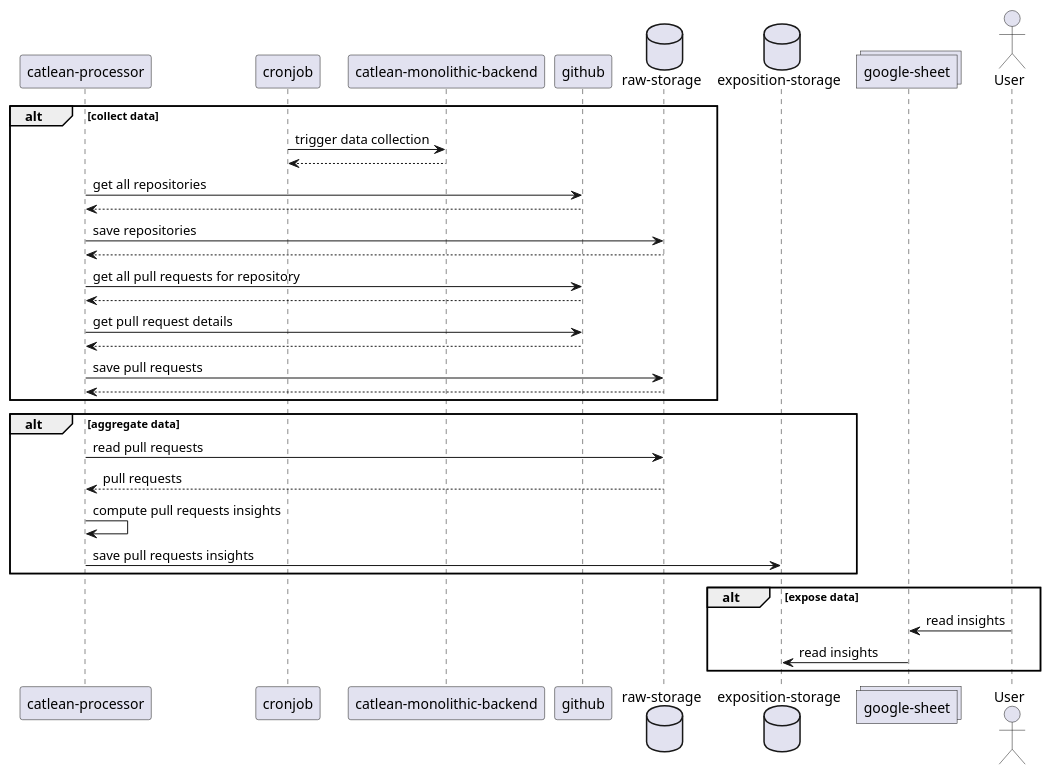
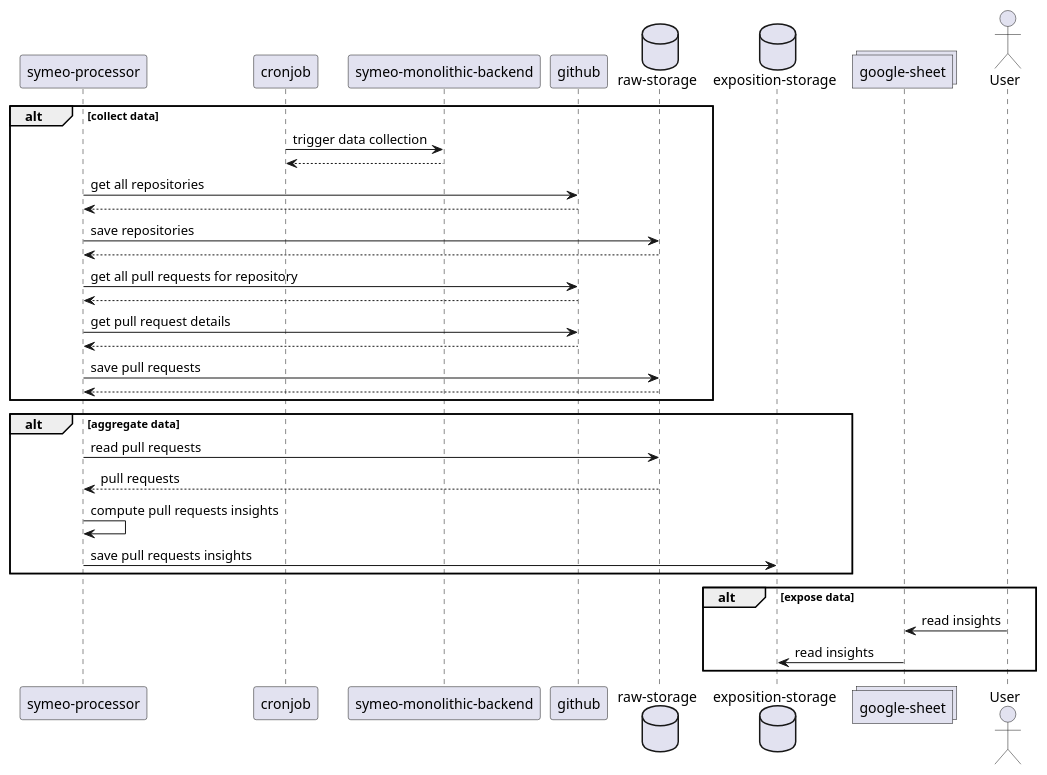
The diagram in documentation/sequence-diagram/collect_and_expose_pr_size.puml (symeo-io/symeo-monolithic-backend), drawn with PlantUML before and after one commit. The commit also changed 536 other files, not shown here.

Commit message:
Renaming catlean to symeo

```diff
--- a/documentation/sequence-diagram/collect_and_expose_pr_size.puml
+++ b/documentation/sequence-diagram/collect_and_expose_pr_size.puml
@@ -1,40 +1,40 @@
 @startuml
 'https://plantuml.com/sequence-diagram
 participant cronjob order 10
-participant "catlean-monolithic-backend" as backend order 20
+participant "symeo-monolithic-backend" as backend order 20
 participant github order 30
 database "raw-storage" order 40
 database "exposition-storage" order 50
 collections "google-sheet" order 60
 actor User order 70
 
 
 
 alt collect data
 cronjob -> backend : trigger data collection
 cronjob <-- backend
-"catlean-processor" -> github: get all repositories
-"catlean-processor" <-- github
-"catlean-processor" -> "raw-storage": save repositories
-"catlean-processor" <-- "raw-storage"
-"catlean-processor" -> github: get all pull requests for repository
-"catlean-processor" <-- github
-"catlean-processor" -> github: get pull request details
-"catlean-processor" <-- github
-"catlean-processor" -> "raw-storage": save pull requests
-"catlean-processor" <-- "raw-storage"
+"symeo-processor" -> github: get all repositories
+"symeo-processor" <-- github
+"symeo-processor" -> "raw-storage": save repositories
+"symeo-processor" <-- "raw-storage"
+"symeo-processor" -> github: get all pull requests for repository
+"symeo-processor" <-- github
+"symeo-processor" -> github: get pull request details
+"symeo-processor" <-- github
+"symeo-processor" -> "raw-storage": save pull requests
+"symeo-processor" <-- "raw-storage"
 end
 
 alt aggregate data
-"catlean-processor" -> "raw-storage": read pull requests
-"catlean-processor" <-- "raw-storage": pull requests
-"catlean-processor" -> "catlean-processor": compute pull requests insights
-"catlean-processor" -> "exposition-storage": save pull requests insights
+"symeo-processor" -> "raw-storage": read pull requests
+"symeo-processor" <-- "raw-storage": pull requests
+"symeo-processor" -> "symeo-processor": compute pull requests insights
+"symeo-processor" -> "exposition-storage": save pull requests insights
 end
 
 alt expose data
 User -> "google-sheet": read insights
 "google-sheet" -> "exposition-storage": read insights
 end
 
 @enduml
```
